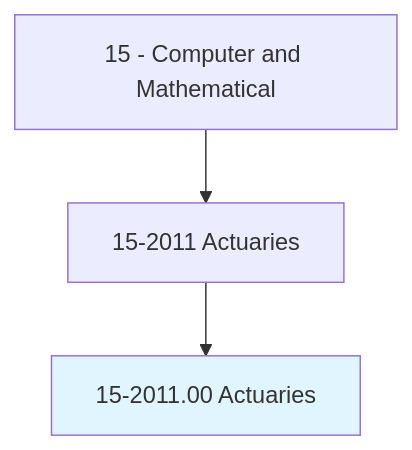
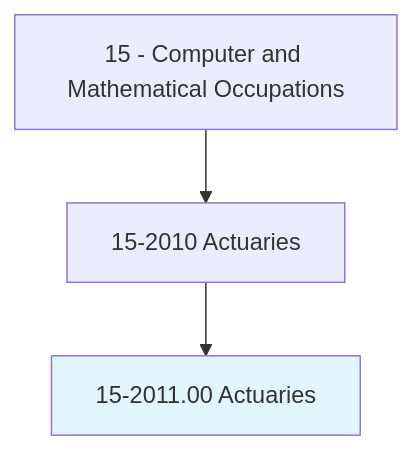
The first of 4 diagrams in occupations/Technology/Actuaries.mdx (kziemski/business.org.ai), drawn with Mermaid before and after one commit. The commit also changed other lines of this file and 938 other files, not shown here.

````diff
--- a/occupations/Technology/Actuaries.mdx
+++ b/occupations/Technology/Actuaries.mdx
@@ -19,6 +23,6 @@
 ```mermaid
 graph TD
-    Cat15["15 - Computer and Mathematical"] --> Group152011["15-2011 Actuaries"]
-    Group152011 --> Current["15-2011.00 Actuaries"]
+    Cat15["15 - Computer and Mathematical Occupations"] --> Group1520["15-2010 Actuaries"]
+    Group1520 --> Current["15-2011.00 Actuaries"]
     style Current fill:#e1f5fe
 ```
````
